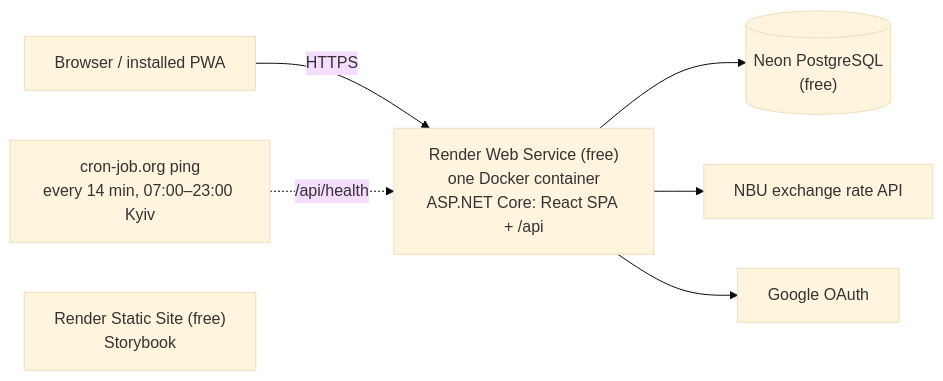
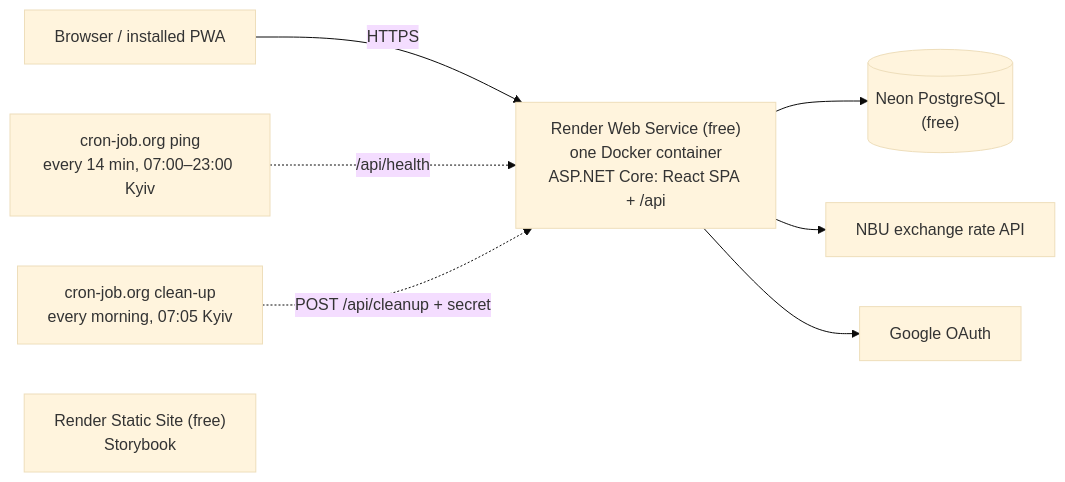
The first of 3 diagrams in docs/ARCHITECTURE.md (yuliaBiriukova/PupBudgetPlanner), drawn with Mermaid (base theme) before and after one commit. The commit also changed other lines of this file and 60 other files, not shown here.

First line of the commit message:
I-006: Delete and cancel invite links in bulk, morning clean-up

````diff
--- a/docs/ARCHITECTURE.md
+++ b/docs/ARCHITECTURE.md
@@ -11,9 +11,10 @@
 ```mermaid
 flowchart LR
     U[Browser / installed PWA] -->|HTTPS| A["Render Web Service (free)<br/>one Docker container<br/>ASP.NET Core: React SPA + /api"]
     A --> D[("Neon PostgreSQL<br/>(free)")]
     A --> N[NBU exchange rate API]
     A --> G[Google OAuth]
     P["cron-job.org ping<br/>every 14 min, 07:00–23:00 Kyiv"] -.->|"/api/health"| A
+    C["cron-job.org clean-up<br/>every morning, 07:05 Kyiv"] -.->|"POST /api/cleanup + secret"| A
     SB["Render Static Site (free)<br/>Storybook"]
 ```
````
